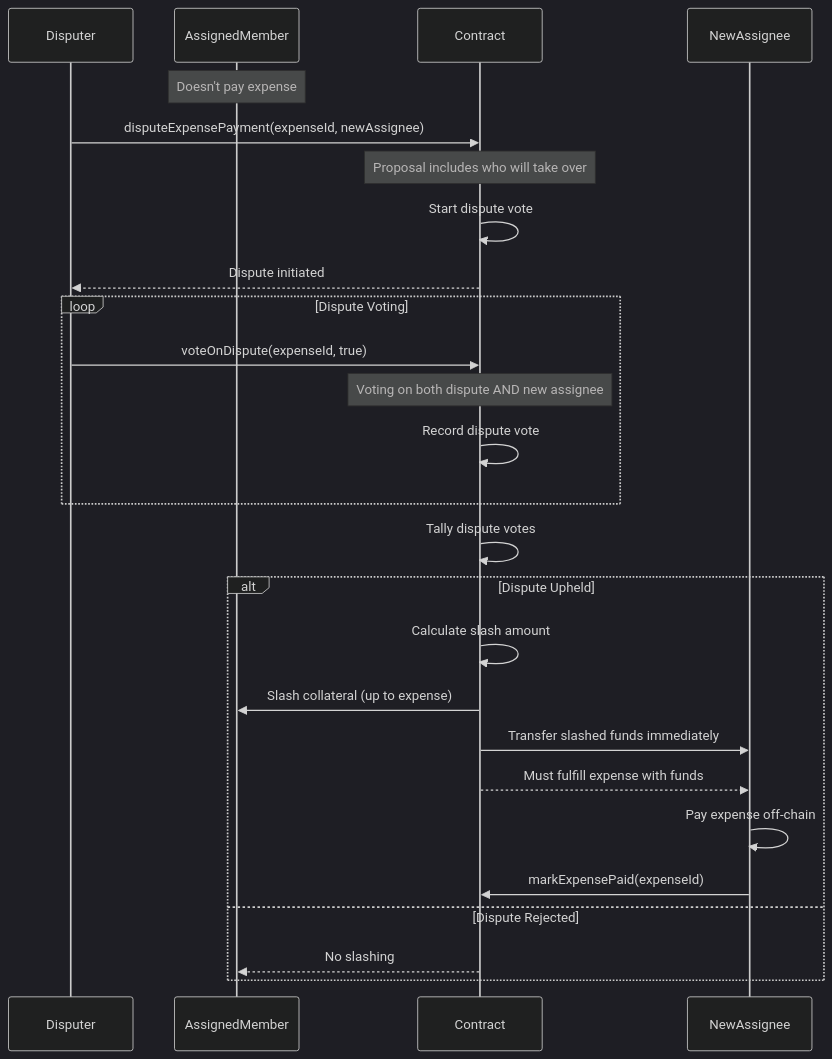
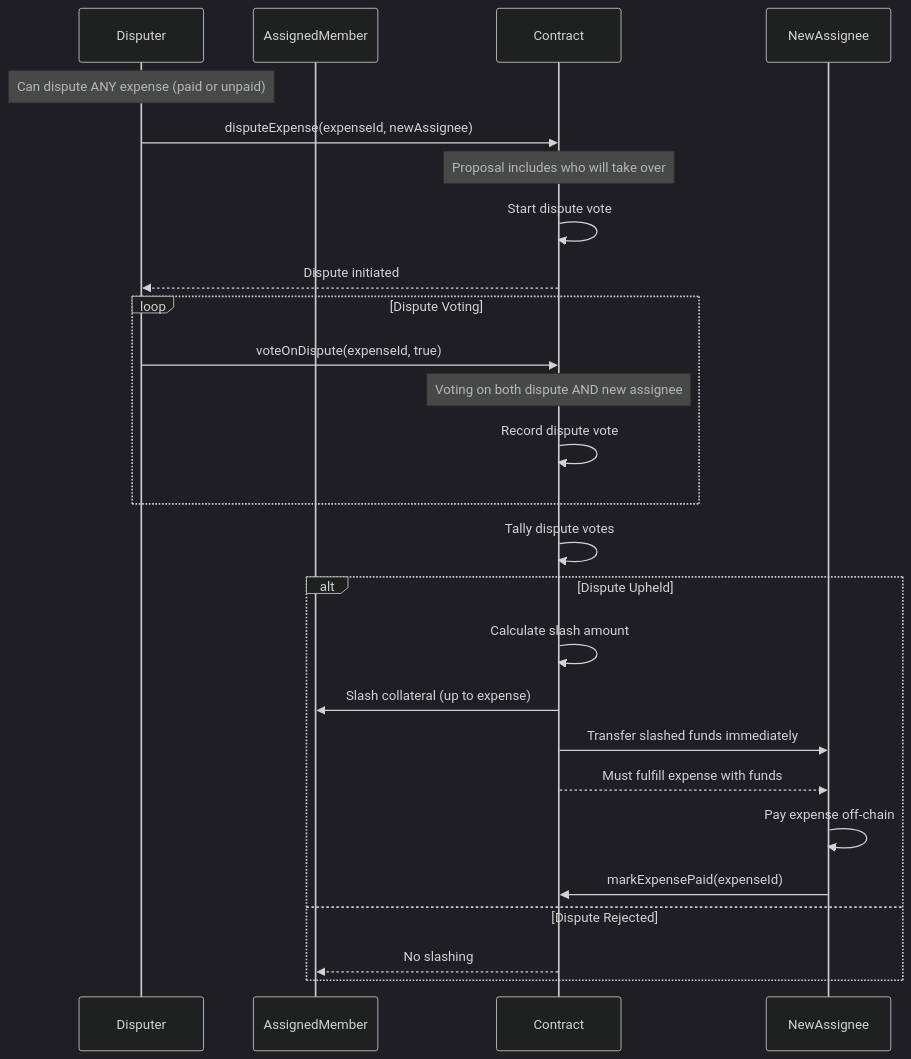
The sixth of 8 diagrams in technical-spec.md (communetxyz/commune-os), drawn with Mermaid (dark theme) before and after one commit. The commit also changed other lines of this file, not shown here.

First line of the commit message:
refactor: remove voting requirement for expense assignment

````diff
--- a/technical-spec.md
+++ b/technical-spec.md
@@ -344,33 +330,33 @@
 ```mermaid
 sequenceDiagram
     participant Disputer
     participant AssignedMember
     participant Contract
     participant NewAssignee
-    
-    Note over AssignedMember: Doesn't pay expense
-    
-    Disputer->>Contract: disputeExpensePayment(expenseId, newAssignee)
+
+    Note over Disputer: Can dispute ANY expense (paid or unpaid)
+
+    Disputer->>Contract: disputeExpense(expenseId, newAssignee)
     Note over Contract: Proposal includes who will take over
     Contract->>Contract: Start dispute vote
     Contract-->>Disputer: Dispute initiated
-    
+
     loop Dispute Voting
         Disputer->>Contract: voteOnDispute(expenseId, true)
         Note over Contract: Voting on both dispute AND new assignee
         Contract->>Contract: Record dispute vote
     end
-    
+
     Contract->>Contract: Tally dispute votes
-    
+
     alt Dispute Upheld
         Contract->>Contract: Calculate slash amount
         Contract->>AssignedMember: Slash collateral (up to expense)
         Contract->>NewAssignee: Transfer slashed funds immediately
         Contract-->>NewAssignee: Must fulfill expense with funds
         NewAssignee->>NewAssignee: Pay expense off-chain
         NewAssignee->>Contract: markExpensePaid(expenseId)
     else Dispute Rejected
         Contract-->>AssignedMember: No slashing
     end
 ```
````
